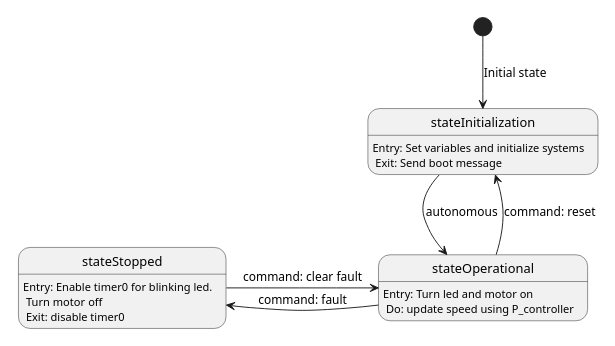
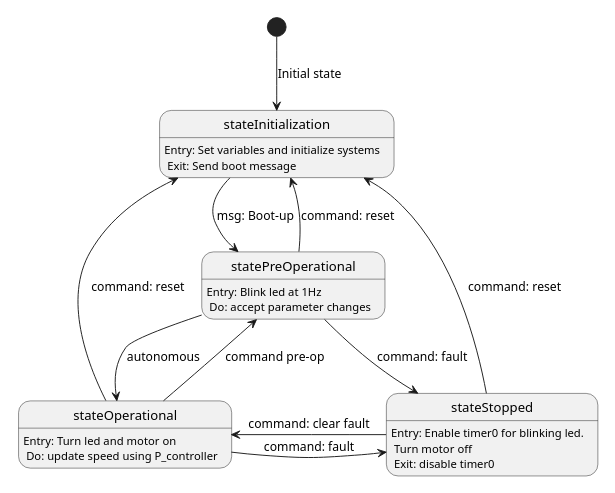
One commit to JonkiTroll/Embedded_Systems changed the diagram in Group_project_3/docs/diagrams/src/state.puml. Above: the diagram before and after it, drawn with PlantUML.

Commit message:
the state diagram

```diff
--- a/Group_project_3/docs/diagrams/src/state.puml
+++ b/Group_project_3/docs/diagrams/src/state.puml
@@ -1,16 +1,23 @@
 @startuml
 'https://plantuml.com/state-diagram
 
 scale 350 width
 
 stateInitialization:        Entry: Set variables and initialize systems\n Exit: Send boot message
+statePreOperational:        Entry: Blink led at 1Hz  \n Do: accept parameter changes
 stateOperational:           Entry: Turn led and motor on\n Do: update speed using P_controller
 stateStopped:               Entry: Enable timer0 for blinking led.\n Turn motor off\n Exit: disable timer0
 
 [*]-down->stateInitialization: Initial state
-stateInitialization -down-> stateOperational: autonomous
+stateInitialization -down-> statePreOperational: msg: Boot-up
+statePreOperational -up-> stateInitialization: command: reset
+statePreOperational -down-> stateOperational: autonomous
+statePreOperational -down-> stateStopped: command: fault
+stateOperational -up-> statePreOperational: command pre-op
 stateOperational -up-> stateInitialization: command: reset
 stateOperational -right-> stateStopped: command: fault
 stateStopped -right-> stateOperational: command: clear fault
+stateStopped -> stateInitialization: command: reset
+
 
 @enduml
```
